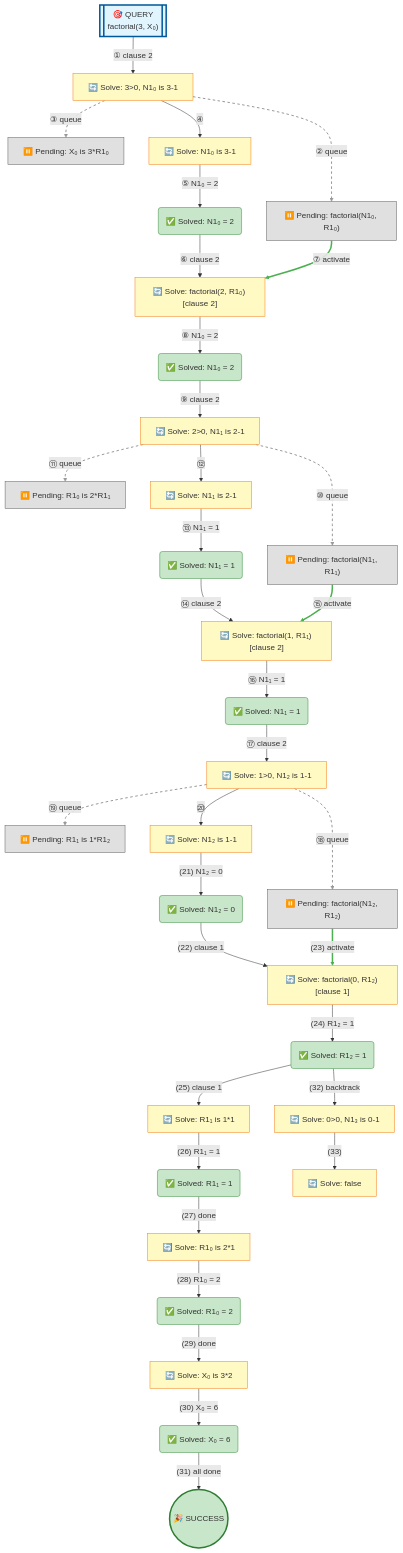
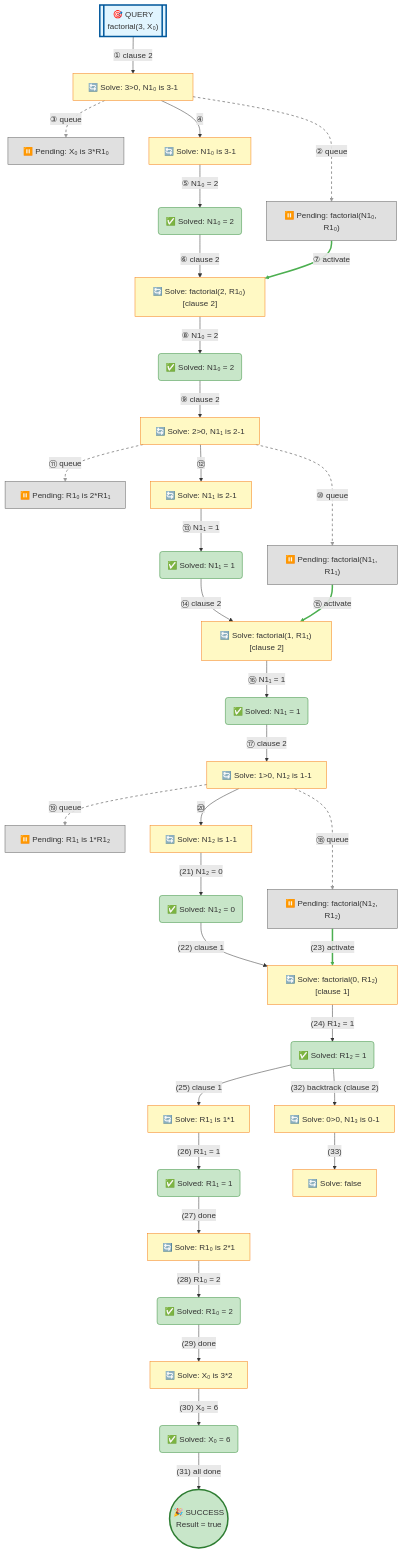
The diagram in examples/factorial-output.md (jarecsni/prolog-trace-viz), drawn with Mermaid before and after one commit. The commit also changed 4 other files, not shown here.

```diff
--- a/examples/factorial-output.md
+++ b/examples/factorial-output.md
@@ -40,7 +45,7 @@
 T("✅ Solved: R1₀ = 2")
 U["🔄 Solve: X₀ is 3*2"]
 V("✅ Solved: X₀ = 6")
-W(("🎉 SUCCESS"))
+W(("🎉 SUCCESS<br/>Result = true"))
 X["🔄 Solve: 0>0, N1₃ is 0-1"]
 Y["🔄 Solve: false"]
 
@@ -76,7 +81,7 @@
 T -->|"(29) done"| U
 U -->|"(30) X₀ = 6"| V
 V -->|"(31) all done"| W
-P -->|"(32) backtrack"| X
+P -->|"(32) backtrack (clause 2)"| X
 X -->|"(33)"| Y
 
 %% Styles
```
